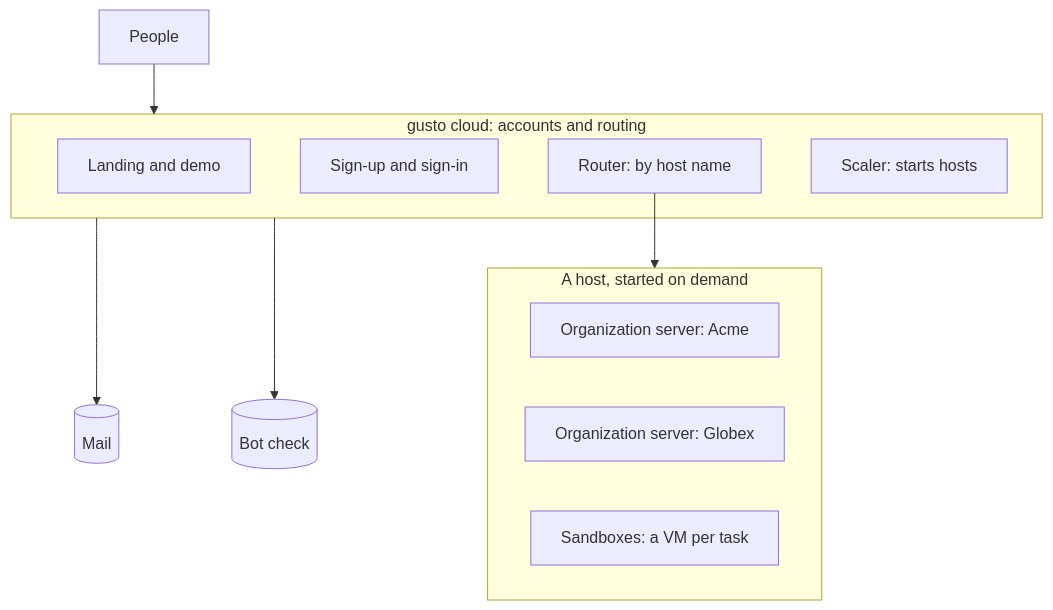
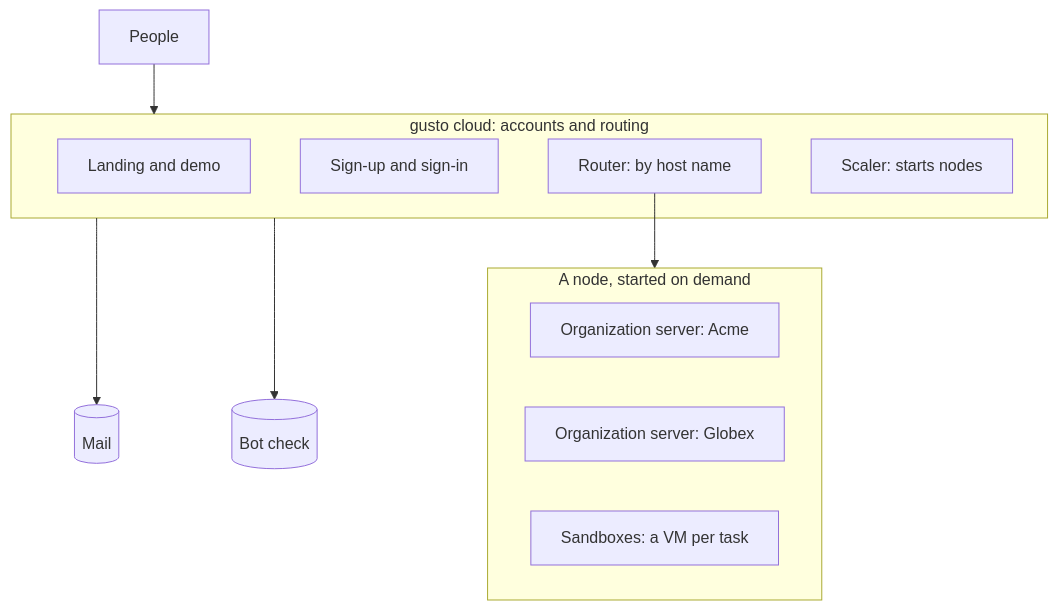
One commit to getlatentic/gusto changed the fourth of 5 diagrams in docs/ARCHITECTURE.md. Above: the diagram before and after it, drawn with Mermaid. The commit also changed other lines of this file and 40 other files, not shown here.

````diff
--- a/docs/ARCHITECTURE.md
+++ b/docs/ARCHITECTURE.md
@@ -107,18 +109,18 @@
 ```mermaid
 flowchart TB
   P[People] --> F
   subgraph F["gusto cloud: accounts and routing"]
     LD[Landing and demo]
     AC[Sign-up and sign-in]
     RT[Router: by host name]
-    SC[Scaler: starts hosts]
+    SC[Scaler: starts nodes]
   end
   F --> MAIL[(Mail)]
   F --> BOT[(Bot check)]
   RT --> H
-  subgraph H["A host, started on demand"]
+  subgraph H["A node, started on demand"]
     O1[Organization server: Acme]
     O2[Organization server: Globex]
     SB[Sandboxes: a VM per task]
   end
 ```
````
